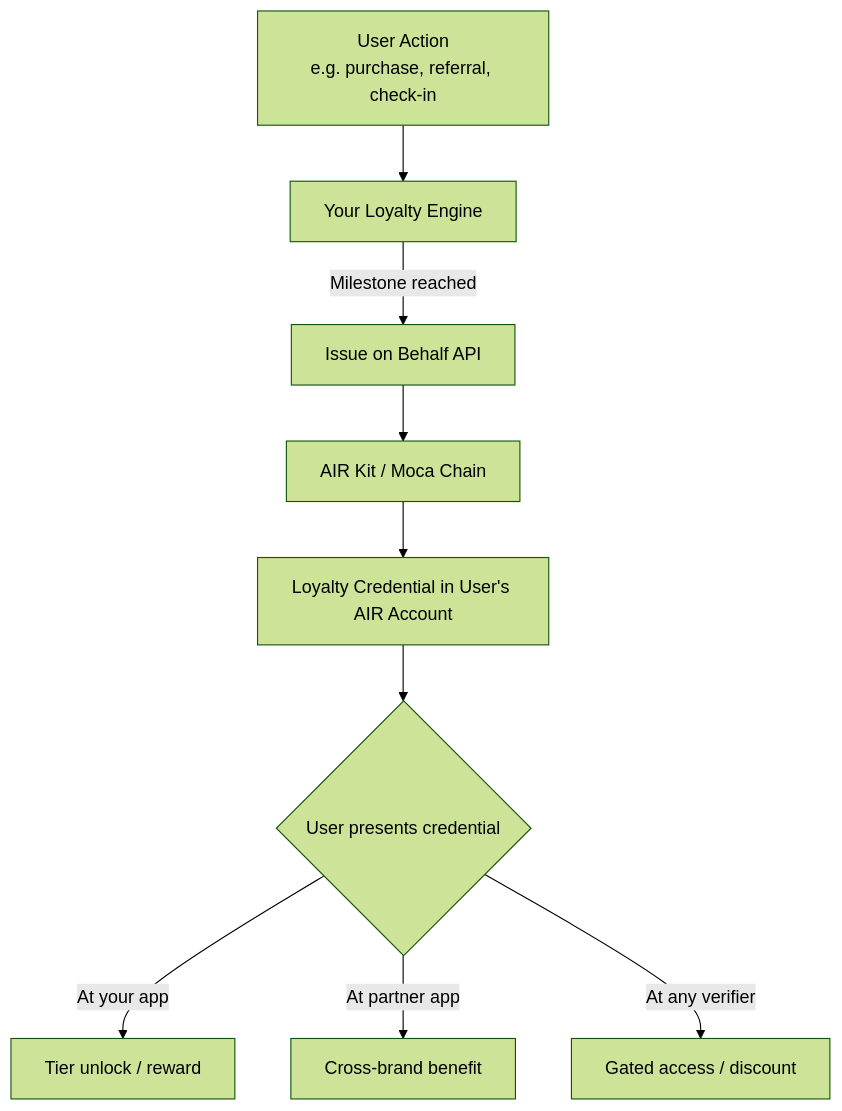
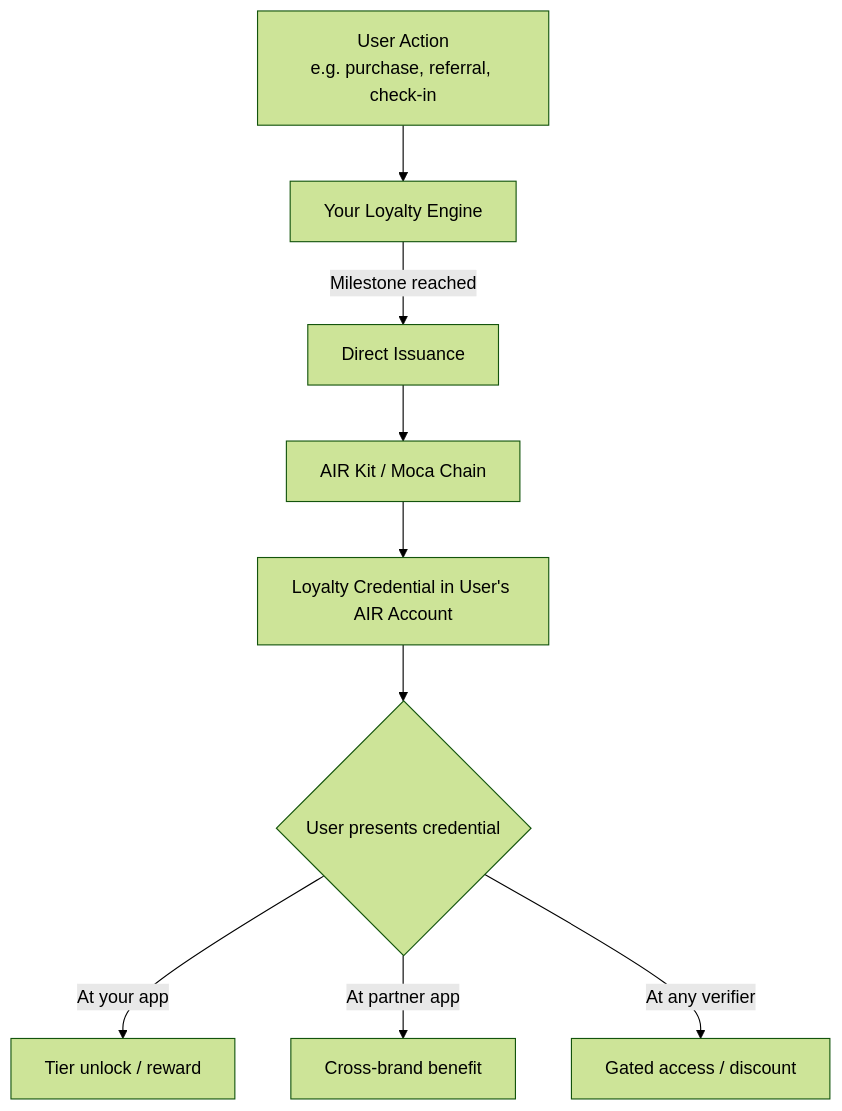
One commit to MocaNetwork/docs changed the diagram in airkit/guides/air-for-loyalty.mdx. Above: the diagram before and after it, drawn with Mermaid (forest theme). The commit also changed other lines of this file and 41 other files, not shown here.

First line of the commit message:
Upgrade docs for signature-based, issuer-sovereign architecture (#22)

````diff
--- a/airkit/guides/air-for-loyalty.mdx
+++ b/airkit/guides/air-for-loyalty.mdx
@@ -18,12 +18,12 @@
 ```mermaid
 graph TD
     A["User Action\ne.g. purchase, referral, check-in"] --> B[Your Loyalty Engine]
-    B -->|Milestone reached| C[Issue on Behalf API]
+    B -->|Milestone reached| C[Direct Issuance]
     C --> D[AIR Kit / Moca Chain]
     D --> E[Loyalty Credential in User's AIR Account]
 
     E --> F{User presents credential}
     F -->|At your app| G[Tier unlock / reward]
     F -->|At partner app| H[Cross-brand benefit]
     F -->|At any verifier| I[Gated access / discount]
 ```
````
